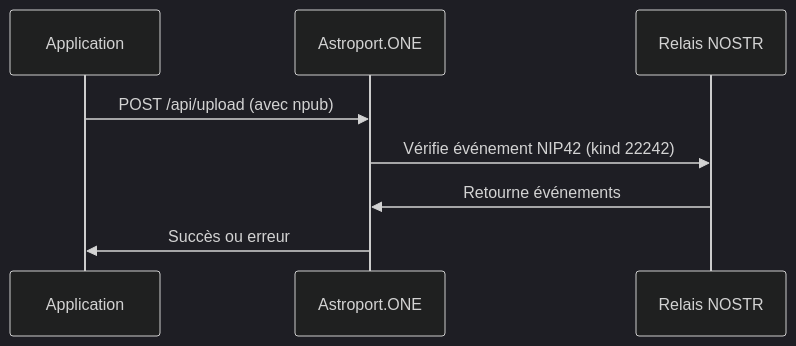
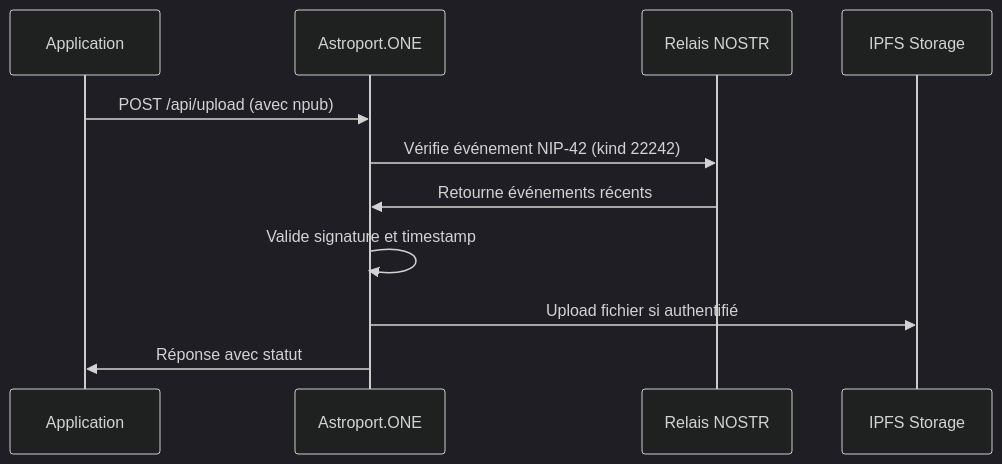
The second of 2 diagrams in API.NOSTRAuth.readme.md (papiche/Astroport.ONE), drawn with Mermaid (dark theme) before and after one commit. The commit also changed other lines of this file and 5 other files, not shown here.

````diff
--- a/API.NOSTRAuth.readme.md
+++ b/API.NOSTRAuth.readme.md
@@ -175,10 +184,14 @@
 ```mermaid
 sequenceDiagram
     participant Client as Application
     participant API as Astroport.ONE
     participant Relay as Relais NOSTR
+    participant IPFS as IPFS Storage
+    
     Client->>API: POST /api/upload (avec npub)
-    API->>Relay: Vérifie événement NIP42 (kind 22242)
-    Relay->>API: Retourne événements
-    API->>Client: Succès ou erreur
+    API->>Relay: Vérifie événement NIP-42 (kind 22242)
+    Relay->>API: Retourne événements récents
+    API->>API: Valide signature et timestamp
+    API->>IPFS: Upload fichier si authentifié
+    API->>Client: Réponse avec statut
 ```
````
